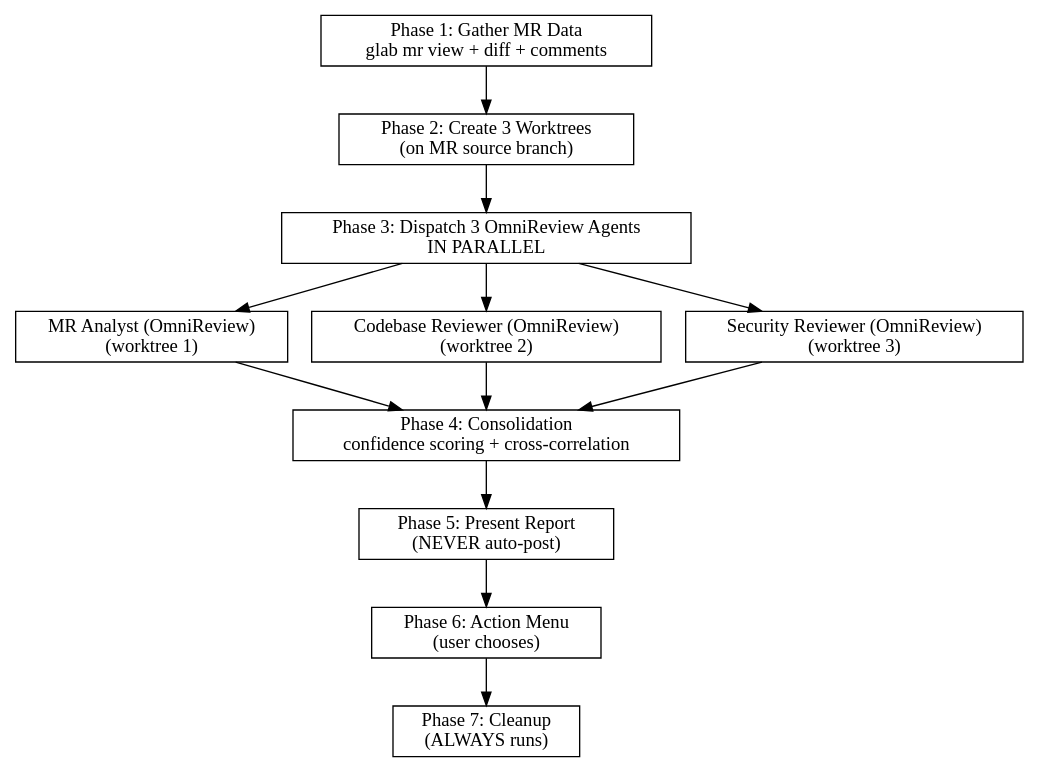
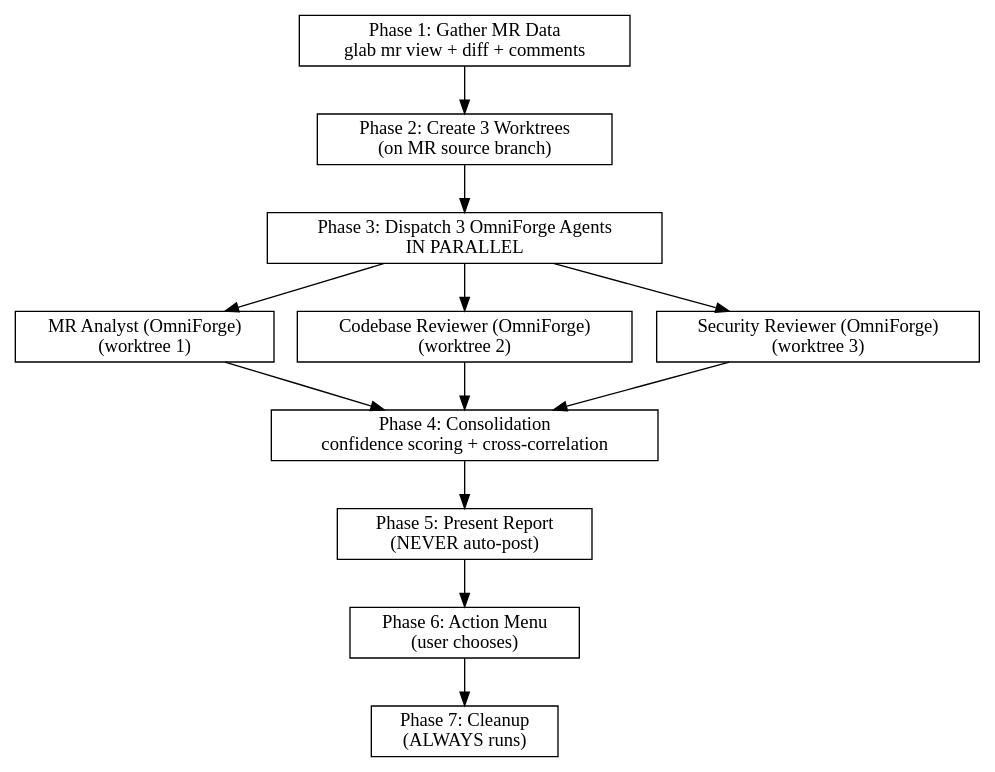
Before and after one commit to nexiouscaliver/OmniForge: the diagram in plugins/omniforge/skills/omnireview-gitlab/SKILL.md, drawn with Graphviz. The commit also changed other lines of this file and 8 other files, not shown here.

First line of the commit message:
refactor: update all skill files and agent prompts for OmniForge rename

````diff
--- a/plugins/omniforge/skills/omnireview-gitlab/SKILL.md
+++ b/plugins/omniforge/skills/omnireview-gitlab/SKILL.md
@@ -31,26 +31,26 @@
 ```dot
 digraph omnireview_flow {
     rankdir=TB;
     node [shape=box];
 
     gather [label="Phase 1: Gather MR Data\nglab mr view + diff + comments"];
     worktrees [label="Phase 2: Create 3 Worktrees\n(on MR source branch)"];
-    dispatch [label="Phase 3: Dispatch 3 OmniReview Agents\nIN PARALLEL"];
-    analyst [label="MR Analyst (OmniReview)\n(worktree 1)"];
-    codebase [label="Codebase Reviewer (OmniReview)\n(worktree 2)"];
-    security [label="Security Reviewer (OmniReview)\n(worktree 3)"];
+    dispatch [label="Phase 3: Dispatch 3 OmniForge Agents\nIN PARALLEL"];
+    analyst [label="MR Analyst (OmniForge)\n(worktree 1)"];
+    codebase [label="Codebase Reviewer (OmniForge)\n(worktree 2)"];
+    security [label="Security Reviewer (OmniForge)\n(worktree 3)"];
     consolidate [label="Phase 4: Consolidation\nconfidence scoring + cross-correlation"];
     report [label="Phase 5: Present Report\n(NEVER auto-post)"];
     action [label="Phase 6: Action Menu\n(user chooses)"];
     cleanup [label="Phase 7: Cleanup\n(ALWAYS runs)"];
 
     gather -> worktrees -> dispatch;
     dispatch -> analyst;
     dispatch -> codebase;
     dispatch -> security;
     analyst -> consolidate;
     codebase -> consolidate;
     security -> consolidate;
     consolidate -> report -> action -> cleanup;
 }
 ```
````
